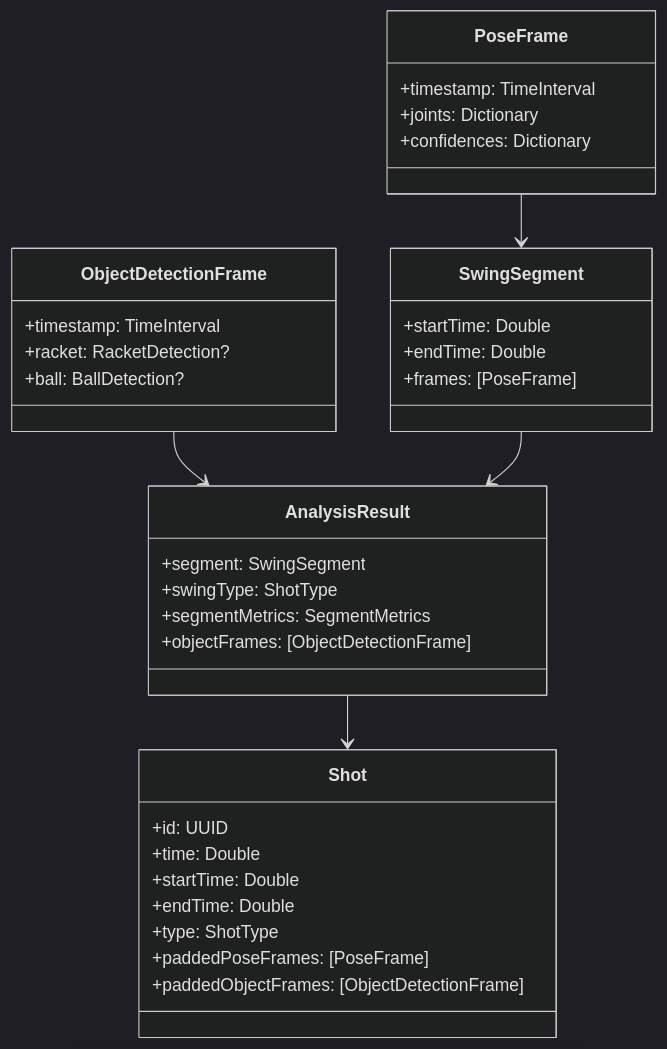
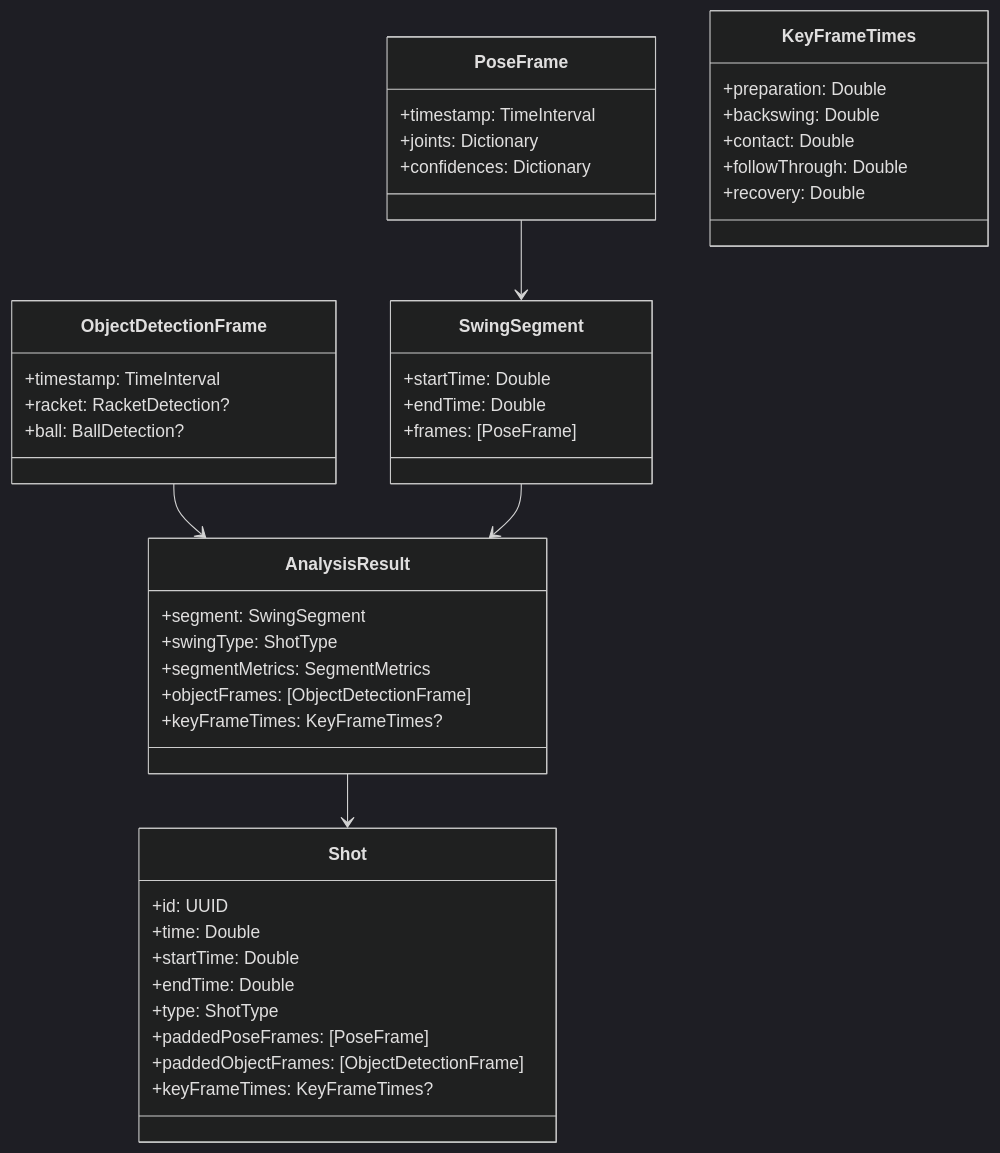
One commit to victorzhrn/swingmaster changed the ninth of 10 diagrams in docs/0.4 Video Processing Architecture.md. Above: the diagram before and after it, drawn with Mermaid (dark theme). The commit also changed other lines of this file and 7 other files, not shown here.

First line of the commit message:
Enhance Swing Analysis with Key Frame Timestamps

````diff
--- a/docs/0.4 Video Processing Architecture.md
+++ b/docs/0.4 Video Processing Architecture.md
@@ -532,42 +533,52 @@
 ```mermaid
 classDiagram
     class PoseFrame {
         +timestamp: TimeInterval
         +joints: Dictionary
         +confidences: Dictionary
     }
     
     class ObjectDetectionFrame {
         +timestamp: TimeInterval
         +racket: RacketDetection?
         +ball: BallDetection?
     }
     
     class SwingSegment {
         +startTime: Double
         +endTime: Double
         +frames: [PoseFrame]
     }
     
     class AnalysisResult {
         +segment: SwingSegment
         +swingType: ShotType
         +segmentMetrics: SegmentMetrics
         +objectFrames: [ObjectDetectionFrame]
+        +keyFrameTimes: KeyFrameTimes?
     }
     
     class Shot {
         +id: UUID
         +time: Double
         +startTime: Double
         +endTime: Double
         +type: ShotType
         +paddedPoseFrames: [PoseFrame]
         +paddedObjectFrames: [ObjectDetectionFrame]
+        +keyFrameTimes: KeyFrameTimes?
+    }
+
+    class KeyFrameTimes {
+        +preparation: Double
+        +backswing: Double
+        +contact: Double
+        +followThrough: Double
+        +recovery: Double
     }
     
     PoseFrame --> SwingSegment
     ObjectDetectionFrame --> AnalysisResult
     SwingSegment --> AnalysisResult
     AnalysisResult --> Shot
 ```
````
